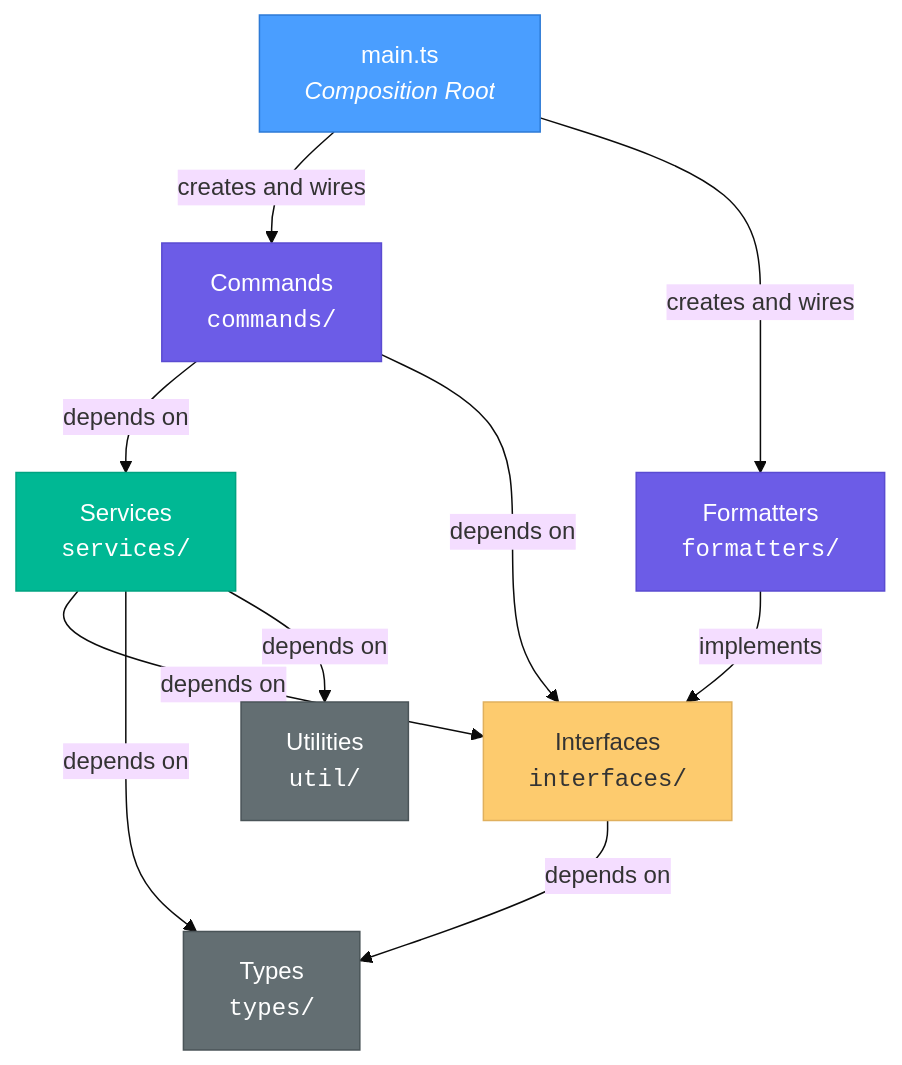
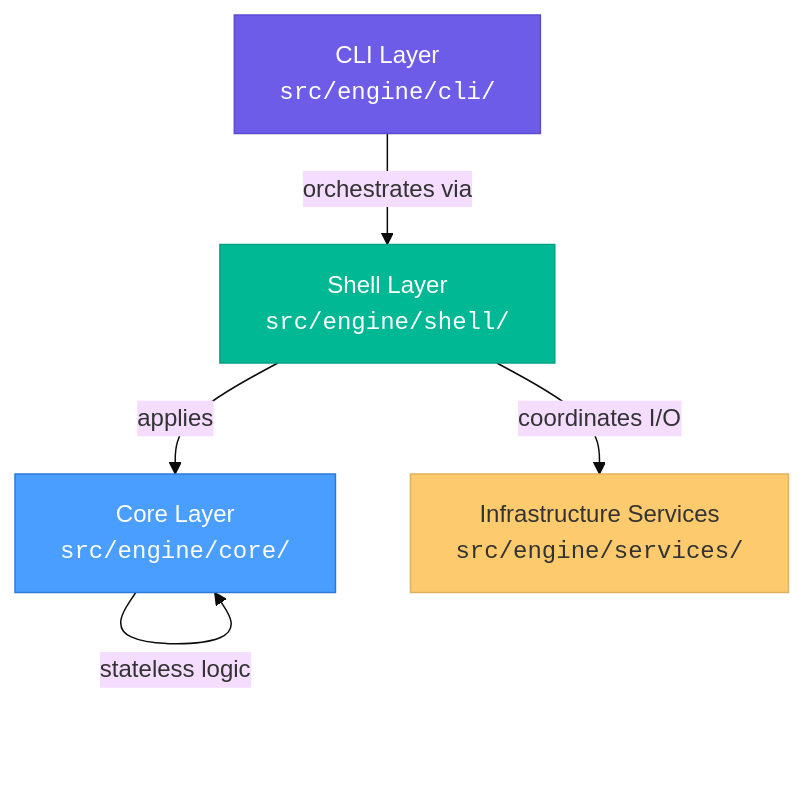
The first of 6 diagrams in documents/PROJECT_ARCHITECTURE.md (c-ferrier/lore-protocol), drawn with Mermaid (base theme) before and after one commit. The commit also changed other lines of this file and 11 other files, not shown here.

````diff
--- a/documents/PROJECT_ARCHITECTURE.md
+++ b/documents/PROJECT_ARCHITECTURE.md
@@ -47,21 +47,17 @@
 ```mermaid
 graph TD
-    MAIN["main.ts<br/><i>Composition Root</i>"]
-    MAIN -->|creates and wires| CMD["Commands<br/><code>commands/</code>"]
-    MAIN -->|creates and wires| FMT["Formatters<br/><code>formatters/</code>"]
-    CMD -->|depends on| SVC["Services<br/><code>services/</code>"]
-    FMT -->|implements| INT["Interfaces<br/><code>interfaces/</code>"]
-    CMD -->|depends on| INT
-    SVC -->|depends on| INT
-    SVC -->|depends on| TYP["Types<br/><code>types/</code>"]
-    INT -->|depends on| TYP
-    SVC -->|depends on| UTL["Utilities<br/><code>util/</code>"]
+    CLI["CLI Layer<br/><code>src/engine/cli/</code>"]
+    SHELL["Shell Layer<br/><code>src/engine/shell/</code>"]
+    CORE["Core Layer<br/><code>src/engine/core/</code>"]
+    SVC["Infrastructure Services<br/><code>src/engine/services/</code>"]
 
-    style MAIN fill:#4a9eff,color:#fff,stroke:#2d7ad6
-    style CMD fill:#6c5ce7,color:#fff,stroke:#5a4bd1
-    style FMT fill:#6c5ce7,color:#fff,stroke:#5a4bd1
-    style SVC fill:#00b894,color:#fff,stroke:#00a381
-    style INT fill:#fdcb6e,color:#333,stroke:#e0b05e
-    style TYP fill:#636e72,color:#fff,stroke:#4a5458
-    style UTL fill:#636e72,color:#fff,stroke:#4a5458
+    CLI -->|orchestrates via| SHELL
+    SHELL -->|coordinates I/O| SVC
+    SHELL -->|applies| CORE
+    CORE -->|stateless logic| CORE
+
+    style CLI fill:#6c5ce7,color:#fff,stroke:#5a4bd1
+    style SHELL fill:#00b894,color:#fff,stroke:#00a381
+    style CORE fill:#4a9eff,color:#fff,stroke:#2d7ad6
+    style SVC fill:#fdcb6e,color:#333,stroke:#e0b05e
 ```
````
